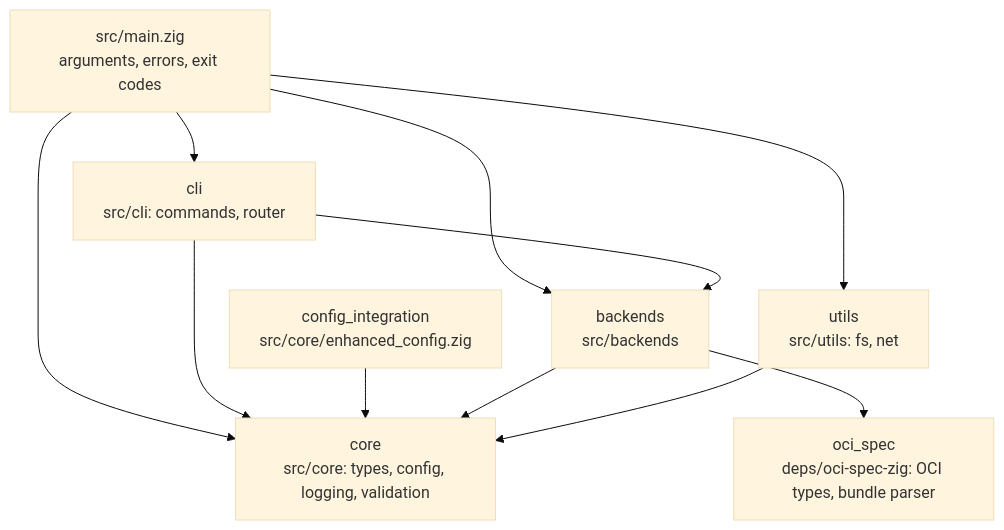
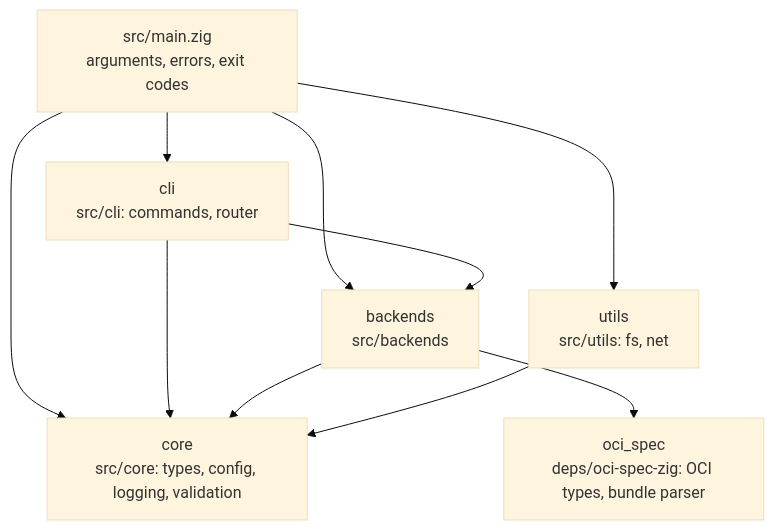
One commit to CageForge/nexcage changed the diagram in docs/architecture/MODULES.md. Above: the diagram before and after it, drawn with Mermaid (base theme). The commit also changed other lines of this file and 3 other files, not shown here.

First line of the commit message:
build: the unused config_integration module is gone

````diff
--- a/docs/architecture/MODULES.md
+++ b/docs/architecture/MODULES.md
@@ -6,21 +6,19 @@
 ```mermaid
 flowchart TB
   main["src/main.zig<br/>arguments, errors, exit codes"]
   cli["cli<br/>src/cli: commands, router"]
   core["core<br/>src/core: types, config, logging, validation"]
   backends["backends<br/>src/backends"]
   utils["utils<br/>src/utils: fs, net"]
-  cfg["config_integration<br/>src/core/enhanced_config.zig"]
   oci["oci_spec<br/>deps/oci-spec-zig: OCI types, bundle parser"]
 
   main --> cli
   main --> core
   main --> backends
   main --> utils
   cli --> core
   cli --> backends
-  cfg --> core
   backends --> core
   backends --> oci
   utils --> core
 ```
````
